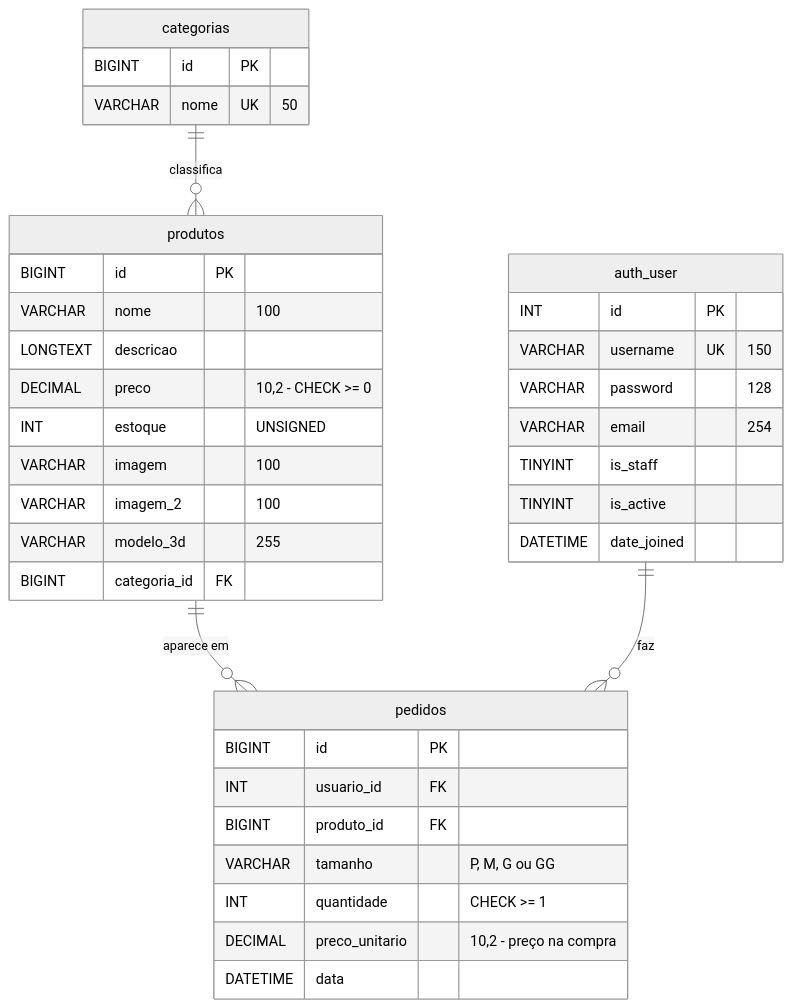
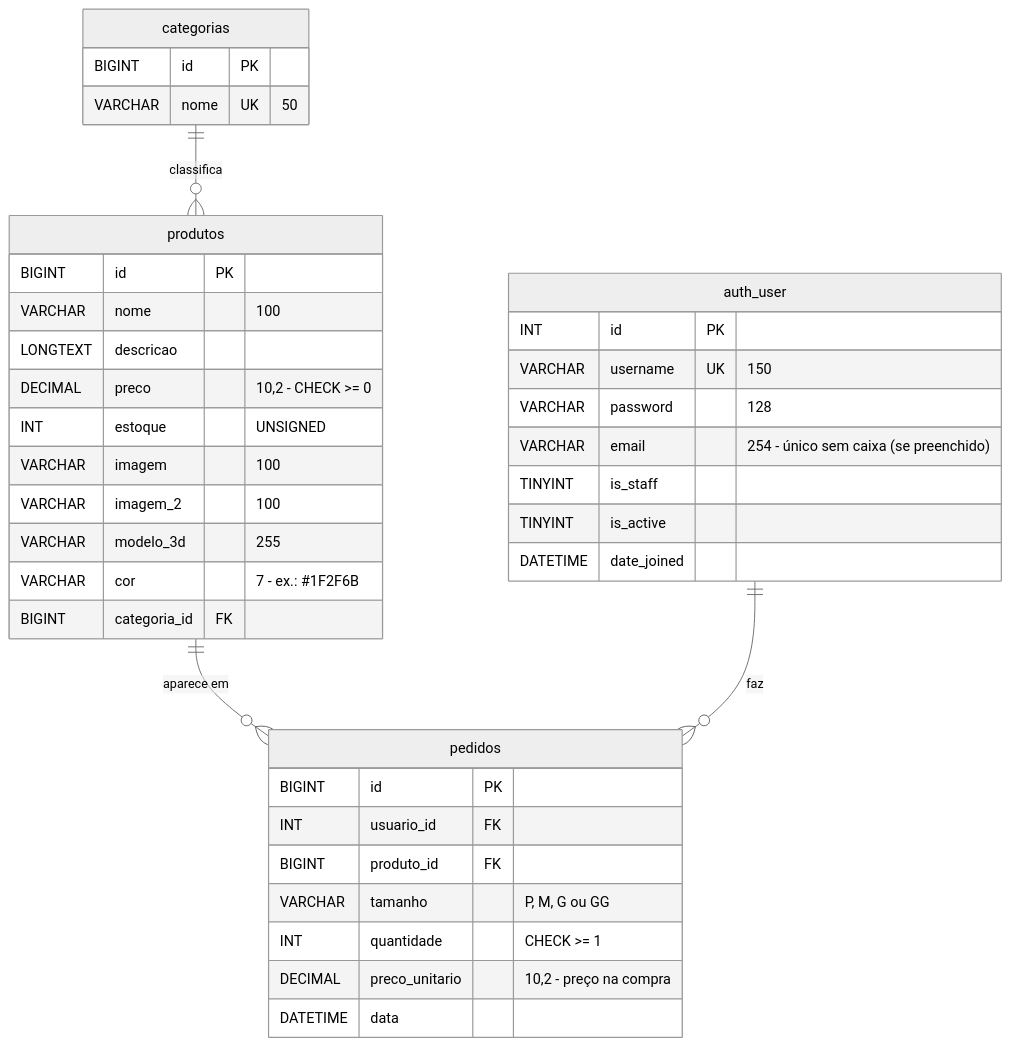
One commit to DevGuilherme-cpu/Loja_NEXAR changed the diagram in docs/diagrama_er.md. Above: the diagram before and after it, drawn with Mermaid (neutral theme). The commit also changed other lines of this file and 7 other files, not shown here.

````diff
--- a/docs/diagrama_er.md
+++ b/docs/diagrama_er.md
@@ -3,43 +3,44 @@
 ```mermaid
 erDiagram
     categorias ||--o{ produtos : "classifica"
     produtos   ||--o{ pedidos  : "aparece em"
     auth_user  ||--o{ pedidos  : "faz"
 
     categorias {
         BIGINT id PK
         VARCHAR nome UK "50"
     }
 
     produtos {
         BIGINT id PK
         VARCHAR nome "100"
         LONGTEXT descricao
         DECIMAL preco "10,2 - CHECK >= 0"
         INT estoque "UNSIGNED"
         VARCHAR imagem "100"
         VARCHAR imagem_2 "100"
         VARCHAR modelo_3d "255"
+        VARCHAR cor "7 - ex.: #1F2F6B"
         BIGINT categoria_id FK
     }
 
     auth_user {
         INT id PK
         VARCHAR username UK "150"
         VARCHAR password "128"
-        VARCHAR email "254"
+        VARCHAR email "254 - único sem caixa (se preenchido)"
         TINYINT is_staff
         TINYINT is_active
         DATETIME date_joined
     }
 
     pedidos {
         BIGINT id PK
         INT usuario_id FK
         BIGINT produto_id FK
         VARCHAR tamanho "P, M, G ou GG"
         INT quantidade "CHECK >= 1"
         DECIMAL preco_unitario "10,2 - preço na compra"
         DATETIME data
     }
 ```
````
